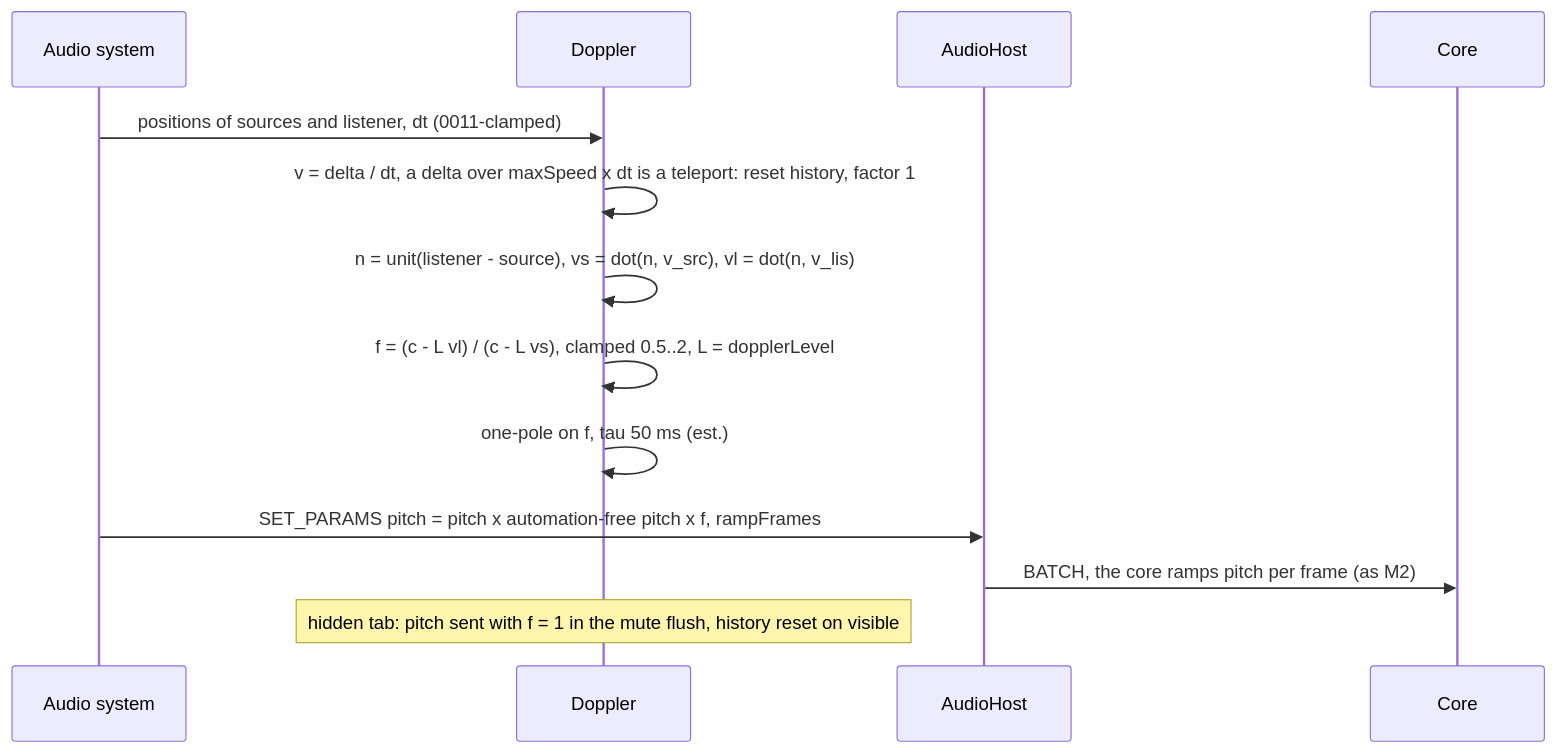
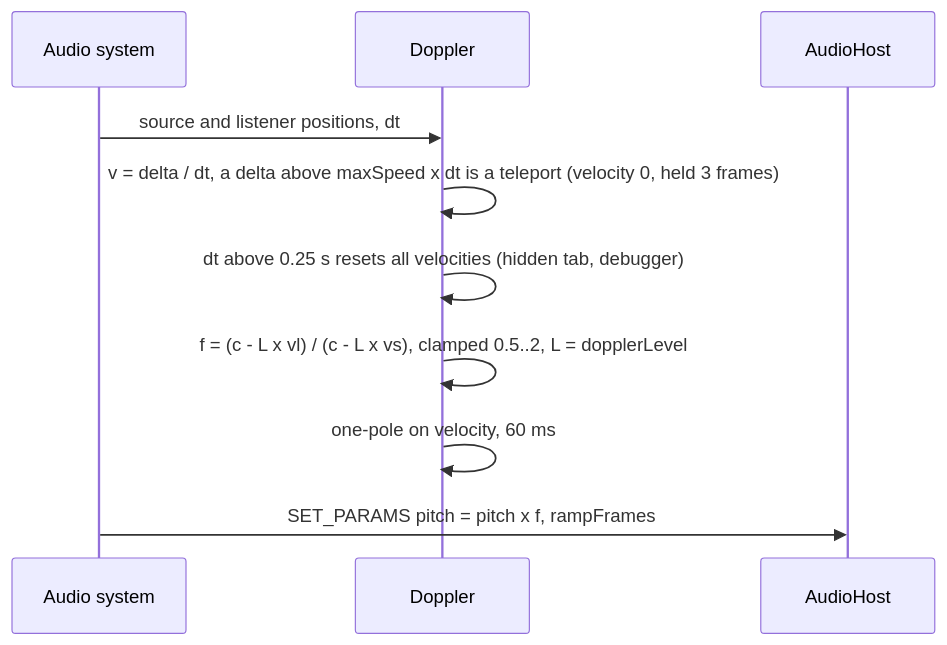
Before and after one commit to doughtnerd/TranquilityEngine: the tenth of 10 diagrams in docs/design/0162-audio-spatial/architecture.md, drawn with Mermaid. The commit also changed other lines of this file and 4 other files, not shown here.

````diff
--- a/docs/design/0162-audio-spatial/architecture.md
+++ b/docs/design/0162-audio-spatial/architecture.md
@@ -346,15 +371,12 @@
 ```mermaid
 sequenceDiagram
   participant Y as Audio system
   participant D as Doppler
   participant H as AudioHost
-  participant K as Core
-  Y->>D: positions of sources and listener, dt (0011-clamped)
-  D->>D: v = delta / dt, a delta over maxSpeed x dt is a teleport: reset history, factor 1
-  D->>D: n = unit(listener - source), vs = dot(n, v_src), vl = dot(n, v_lis)
-  D->>D: f = (c - L vl) / (c - L vs), clamped 0.5..2, L = dopplerLevel
-  D->>D: one-pole on f, tau 50 ms (est.)
-  Y->>H: SET_PARAMS pitch = pitch x automation-free pitch x f, rampFrames
-  H->>K: BATCH, the core ramps pitch per frame (as M2)
-  Note over D: hidden tab: pitch sent with f = 1 in the mute flush, history reset on visible
+  Y->>D: source and listener positions, dt
+  D->>D: v = delta / dt, a delta above maxSpeed x dt is a teleport (velocity 0, held 3 frames)
+  D->>D: dt above 0.25 s resets all velocities (hidden tab, debugger)
+  D->>D: f = (c - L x vl) / (c - L x vs), clamped 0.5..2, L = dopplerLevel
+  D->>D: one-pole on velocity, 60 ms
+  Y->>H: SET_PARAMS pitch = pitch x f, rampFrames
 ```
````
